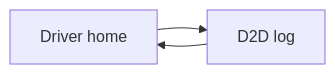
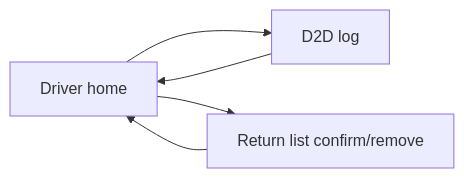
The second of 2 diagrams in docs/FLOWS_BY_ROLE.md (professorbhakta/cts_beta), drawn with Mermaid before and after one commit. The commit also changed other lines of this file and 93 other files, not shown here.

First line of the commit message:
Enable driver return confirm and harden D2D/auth flows.

````diff
--- a/docs/FLOWS_BY_ROLE.md
+++ b/docs/FLOWS_BY_ROLE.md
@@ -63,5 +69,7 @@
 ```mermaid
 flowchart LR
   dh[Driver home] --> trip[D2D log]
   trip --> dh
+  dh --> ret[Return list confirm/remove]
+  ret --> dh
 ```
````
